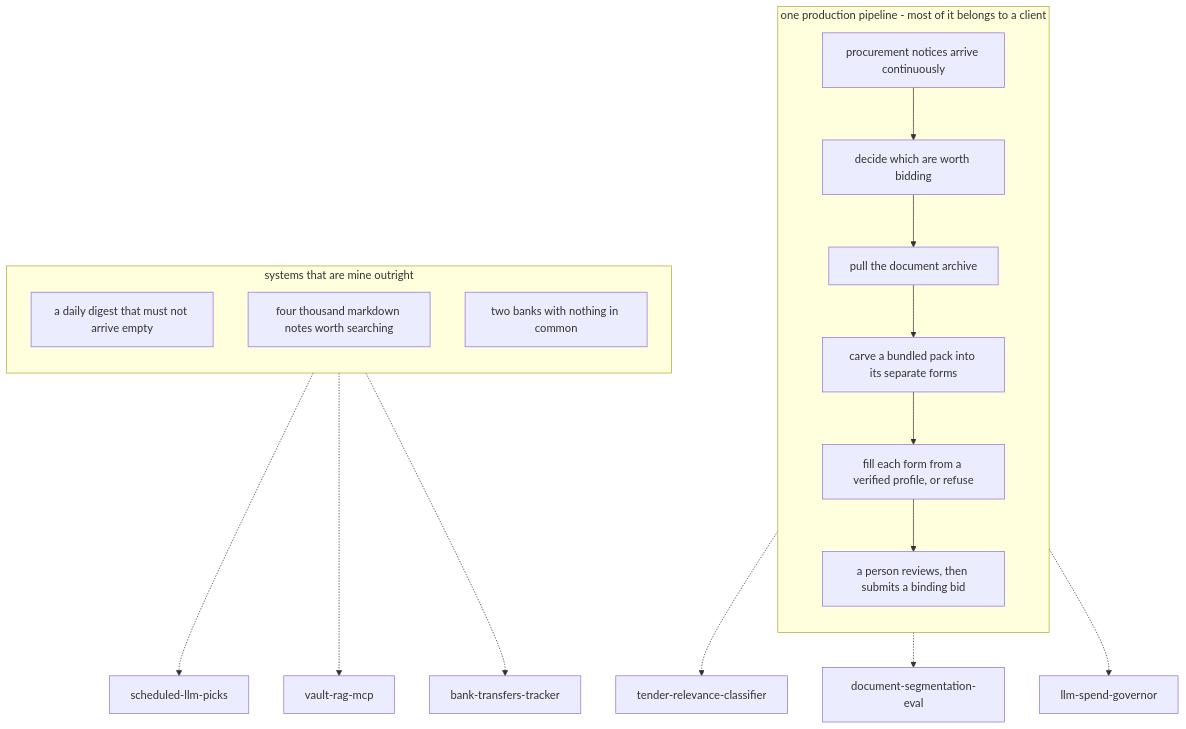
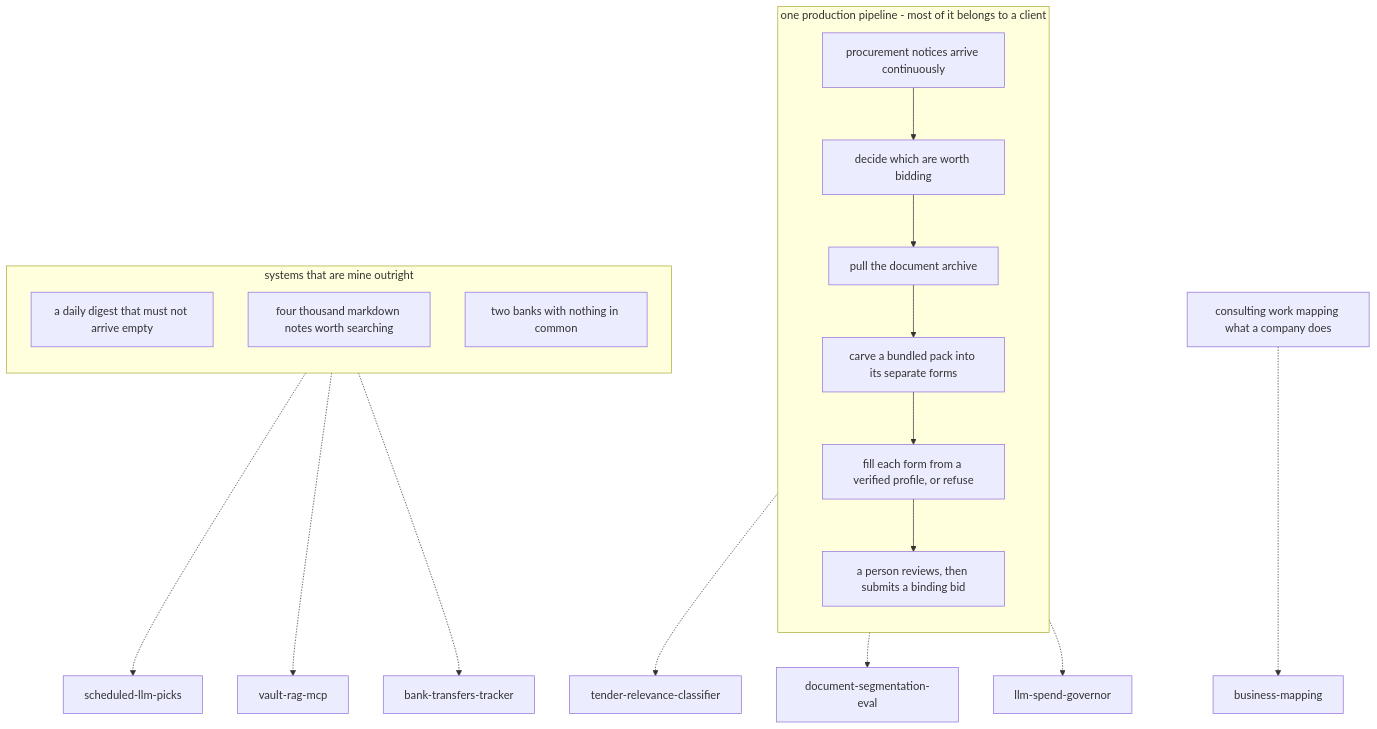
The diagram in README.md (Scorpez/Scorpez), drawn with Mermaid before and after one commit. The commit also changed other lines of this file, not shown here.

````diff
--- a/README.md
+++ b/README.md
@@ -16,23 +16,25 @@
 ```mermaid
 flowchart TD
     subgraph prod["one production pipeline - most of it belongs to a client"]
         direction TB
         A["procurement notices arrive continuously"] --> B["decide which are worth bidding"]
         B --> C["pull the document archive"]
         C --> D["carve a bundled pack into its separate forms"]
         D --> E["fill each form from a verified profile, or refuse"]
         E --> F["a person reviews, then submits a binding bid"]
     end
     subgraph mine["systems that are mine outright"]
         direction TB
         G["a daily digest that must not arrive empty"]
         H["four thousand markdown notes worth searching"]
         I["two banks with nothing in common"]
     end
+    K["consulting work mapping what a company does"]
     B -.-> R1["tender-relevance-classifier"]
     D -.-> R2["document-segmentation-eval"]
     E -.-> R3["llm-spend-governor"]
     G -.-> R4["scheduled-llm-picks"]
     H -.-> R5["vault-rag-mcp"]
     I -.-> R6["bank-transfers-tracker"]
+    K -.-> R7["business-mapping"]
 ```
````
